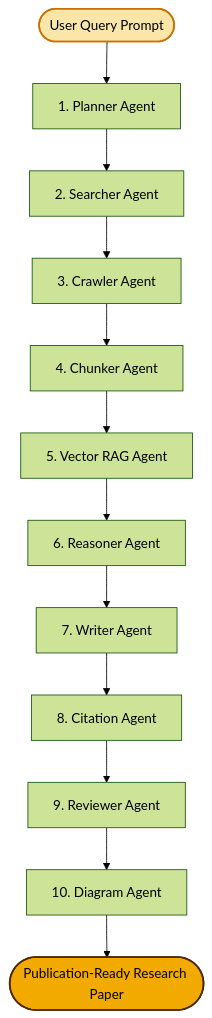
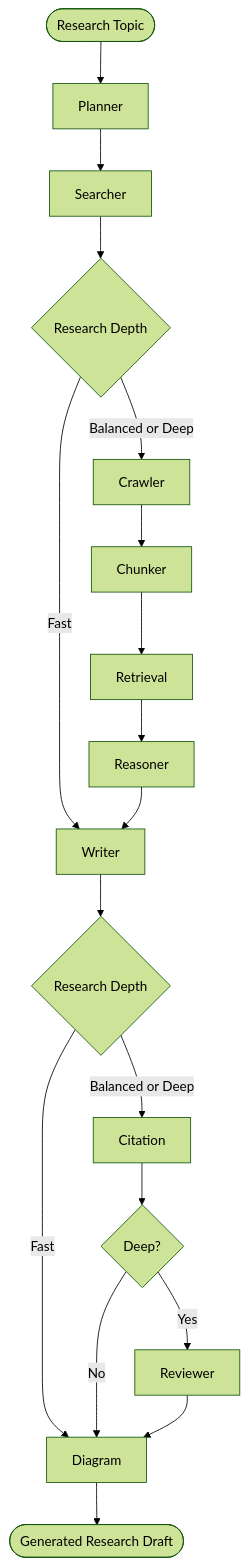
One commit to HetBhimani25/Multiagent-Research-Platform changed the second of 2 diagrams in README.md. Above: the diagram before and after it, drawn with Mermaid (forest theme). The commit also changed other lines of this file, not shown here.

````diff
--- a/README.md
+++ b/README.md
@@ -93,17 +110,20 @@
 ```mermaid
-graph TD
-    Start([User Query Prompt]) --> Agent1[1. Planner Agent]
-    Agent1 --> Agent2[2. Searcher Agent]
-    Agent2 --> Agent3[3. Crawler Agent]
-    Agent3 --> Agent4[4. Chunker Agent]
-    Agent4 --> Agent5[5. Vector RAG Agent]
-    Agent5 --> Agent6[6. Reasoner Agent]
-    Agent6 --> Agent7[7. Writer Agent]
-    Agent7 --> Agent8[8. Citation Agent]
-    Agent8 --> Agent9[9. Reviewer Agent]
-    Agent9 --> Agent10[10. Diagram Agent]
-    Agent10 --> FinalDoc([Publication-Ready Research Paper])
-
-    style Start fill:#F9E6A8,stroke:#CC6F00,stroke-width:2px;
-    style FinalDoc fill:#F2A900,stroke:#4D2A00,stroke-width:2px;
+flowchart TD
+    START([Research Topic]) --> P[Planner]
+    P --> S[Searcher]
+    S --> MODE{Research Depth}
+    MODE -->|Fast| W[Writer]
+    MODE -->|Balanced or Deep| C[Crawler]
+    C --> CH[Chunker]
+    CH --> RAG[Retrieval]
+    RAG --> R[Reasoner]
+    R --> W
+    W --> ROUTE{Research Depth}
+    ROUTE -->|Fast| D[Diagram]
+    ROUTE -->|Balanced or Deep| CIT[Citation]
+    CIT --> REVIEW{Deep?}
+    REVIEW -->|No| D
+    REVIEW -->|Yes| RV[Reviewer]
+    RV --> D
+    D --> END([Generated Research Draft])
 ```
````
